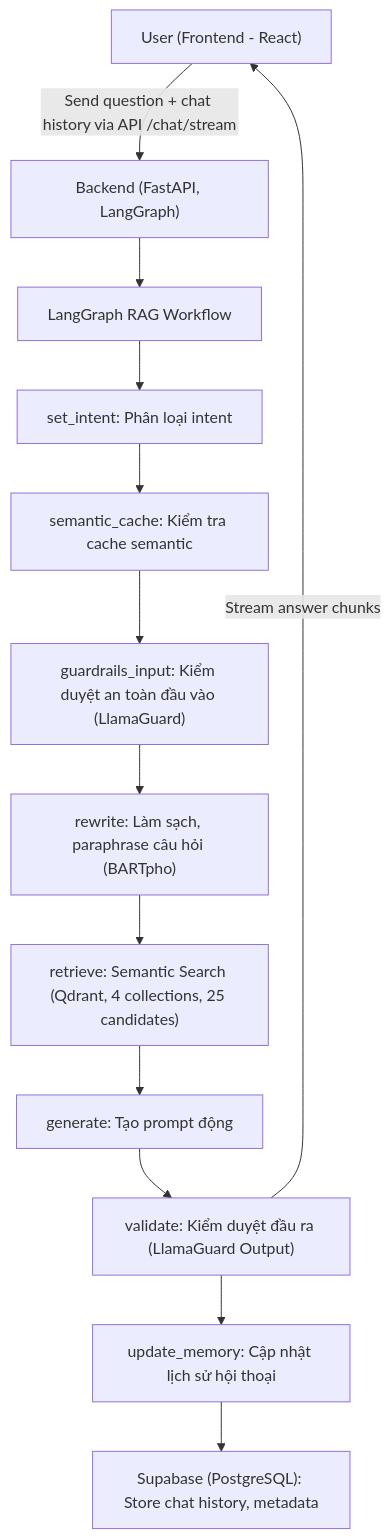
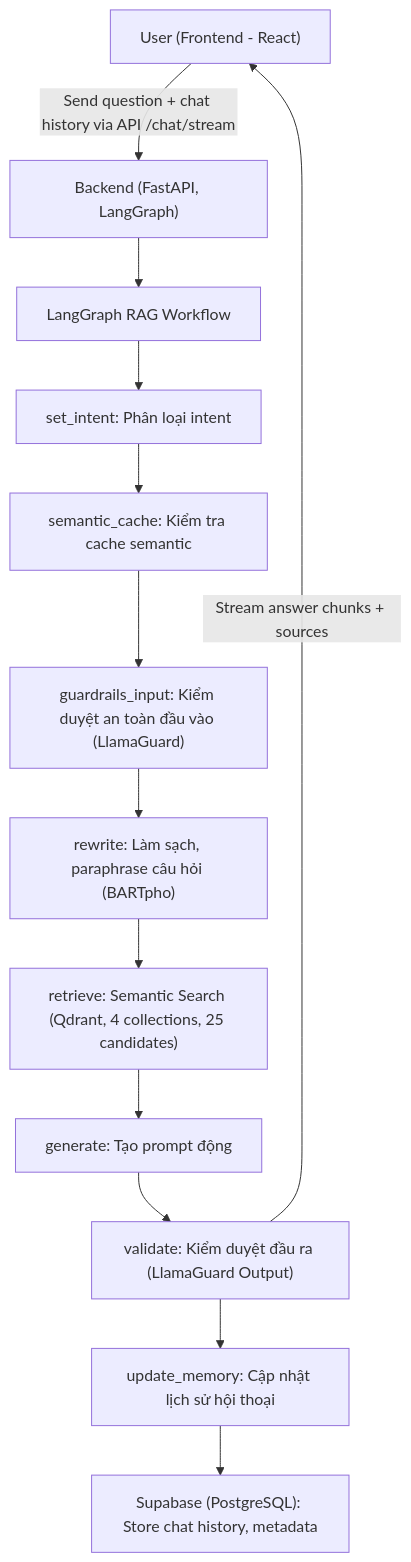
The first of 2 diagrams in docs/Workflow.md (tuananhne1110/Cutru_chatbot), drawn with Mermaid before and after one commit. The commit also changed other lines of this file and 7 other files, not shown here.

````diff
--- a/docs/Workflow.md
+++ b/docs/Workflow.md
@@ -4,15 +4,15 @@
 ```mermaid
 graph TD;
   A["User (Frontend - React)"] -->|"Send question + chat history via API /chat/stream"| B["Backend (FastAPI, LangGraph)"]
   B --> C0["LangGraph RAG Workflow"]
   C0 --> C1["set_intent: Phân loại intent"]
   C1 --> C2["semantic_cache: Kiểm tra cache semantic"]
   C2 --> C3["guardrails_input: Kiểm duyệt an toàn đầu vào (LlamaGuard)"]
   C3 --> C4["rewrite: Làm sạch, paraphrase câu hỏi (BARTpho)"]
   C4 --> C5["retrieve: Semantic Search (Qdrant, 4 collections, 25 candidates)"]
   C5 --> C6["generate: Tạo prompt động"]
   C6 --> C7["validate: Kiểm duyệt đầu ra (LlamaGuard Output)"]
   C7 --> C8["update_memory: Cập nhật lịch sử hội thoại"]
   C8 --> D["Supabase (PostgreSQL): Store chat history, metadata"]
-  C7 -->|"Stream answer chunks"| A
+  C7 -->|"Stream answer chunks + sources"| A
 ```
````
